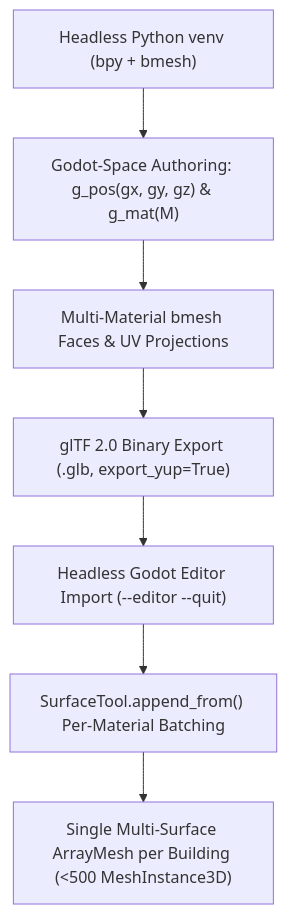
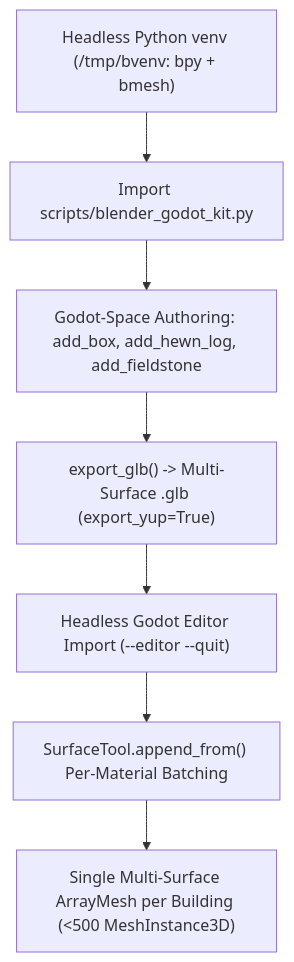
Before and after one commit to erlfas/medieval-bergen: the diagram in .agents/skills/blender-godot-modular-pipeline/SKILL.md, drawn with Mermaid. The commit also changed other lines of this file and 1 other file, not shown here.

Commit message:
feat(skills): bundle reusable blender_godot_kit.py helper library in blender-godot-modular-pipeline skill

````diff
--- a/.agents/skills/blender-godot-modular-pipeline/SKILL.md
+++ b/.agents/skills/blender-godot-modular-pipeline/SKILL.md
@@ -14,9 +14,9 @@
 ```mermaid
 flowchart TD
-    A["Headless Python venv (bpy + bmesh)"] --> B["Godot-Space Authoring: g_pos(gx, gy, gz) & g_mat(M)"]
-    B --> C["Multi-Material bmesh Faces & UV Projections"]
-    C --> D["glTF 2.0 Binary Export (.glb, export_yup=True)"]
+    A["Headless Python venv (/tmp/bvenv: bpy + bmesh)"] --> B["Import scripts/blender_godot_kit.py"]
+    B --> C["Godot-Space Authoring: add_box, add_hewn_log, add_fieldstone"]
+    C --> D["export_glb() -> Multi-Surface .glb (export_yup=True)"]
     D --> E["Headless Godot Editor Import (--editor --quit)"]
     E --> F["SurfaceTool.append_from() Per-Material Batching"]
     F --> G["Single Multi-Surface ArrayMesh per Building (<500 MeshInstance3D)"]
 ```
````
